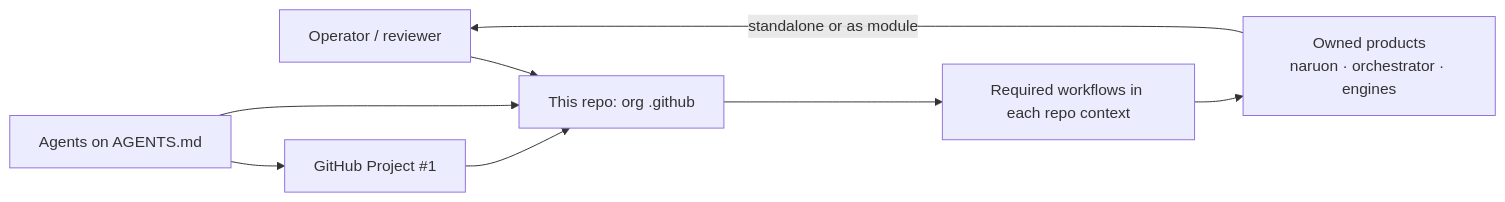
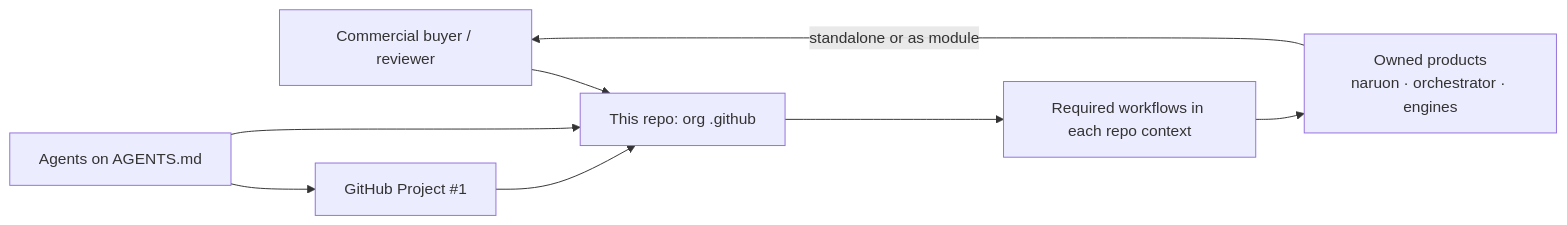
One commit to ContextualWisdomLab/.github changed the first of 4 diagrams in ARCHITECTURE.md. Above: the diagram before and after it, drawn with Mermaid. The commit also changed other lines of this file and 461 other files, not shown here.

````diff
--- a/ARCHITECTURE.md
+++ b/ARCHITECTURE.md
@@ -12,17 +10,17 @@
 ```mermaid
 flowchart LR
-  Operator["Operator / reviewer"]
+  Buyer["Commercial buyer / reviewer"]
   Agents["Agents on AGENTS.md"]
   Project["GitHub Project #1"]
   Hub["This repo: org .github"]
   Products["Owned products<br/>naruon · orchestrator · engines"]
   Runner["Required workflows in each repo context"]
 
-  Operator --> Hub
+  Buyer --> Hub
   Agents --> Project
   Agents --> Hub
   Project --> Hub
   Hub --> Runner
   Runner --> Products
-  Products -->|"standalone or as module"| Operator
+  Products -->|"standalone or as module"| Buyer
 ```
````
